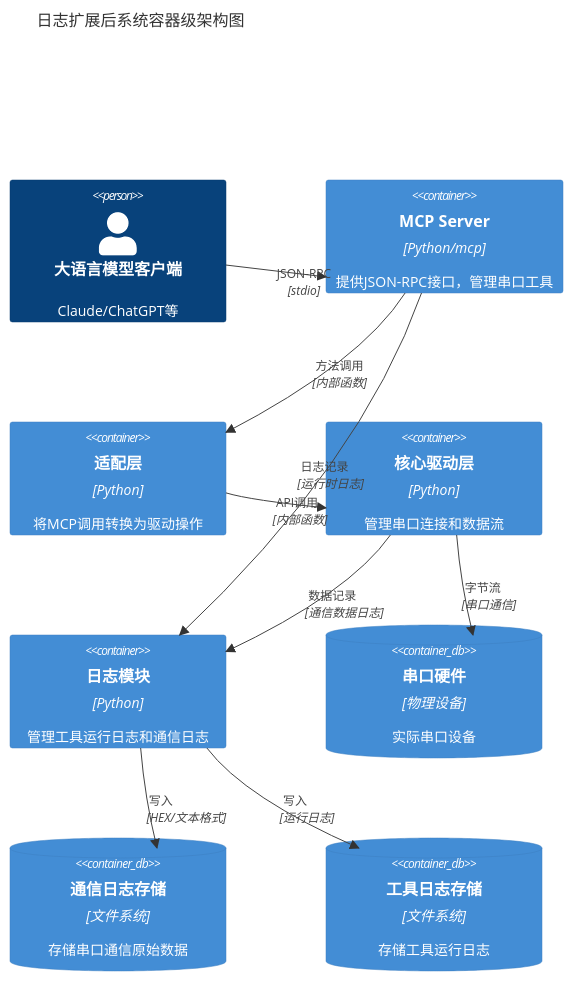
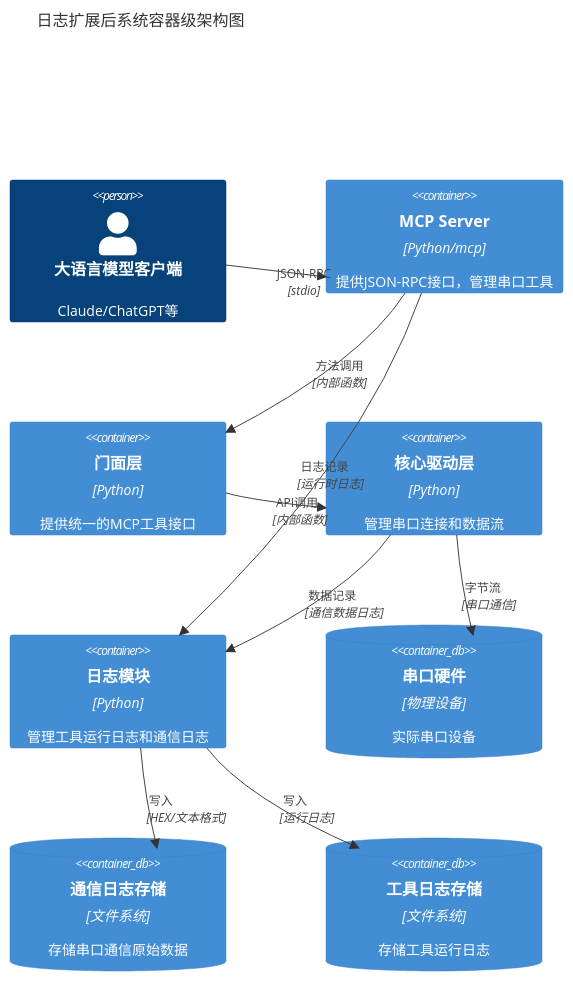
The first of 5 diagrams in doc/14-日志存储功能扩展实现细节文档.md (niusulong/serial2mcp1), drawn with Mermaid before and after one commit. The commit also changed other lines of this file and 14 other files, not shown here.

````diff
--- a/doc/14-日志存储功能扩展实现细节文档.md
+++ b/doc/14-日志存储功能扩展实现细节文档.md
@@ -15,24 +15,24 @@
 ```mermaid
 C4Context
     title 日志扩展后系统容器级架构图
 
     Person(llm_client, "大语言模型客户端", "Claude/ChatGPT等")
 
     Container(mcp_server, "MCP Server", "Python/mcp", "提供JSON-RPC接口，管理串口工具")
-    Container(adapter_layer, "适配层", "Python", "将MCP调用转换为驱动操作")
+    Container(facade_layer, "门面层", "Python", "提供统一的MCP工具接口")
     Container(core_driver, "核心驱动层", "Python", "管理串口连接和数据流")
     Container(log_module, "日志模块", "Python", "管理工具运行日志和通信日志")
 
     ContainerDb(serial_hardware, "串口硬件", "物理设备", "实际串口设备")
     ContainerDb(com_log_storage, "通信日志存储", "文件系统", "存储串口通信原始数据")
     ContainerDb(tool_log_storage, "工具日志存储", "文件系统", "存储工具运行日志")
 
     Rel(llm_client, mcp_server, "JSON-RPC", "stdio")
-    Rel(mcp_server, adapter_layer, "方法调用", "内部函数")
-    Rel(adapter_layer, core_driver, "API调用", "内部函数")
+    Rel(mcp_server, facade_layer, "方法调用", "内部函数")
+    Rel(facade_layer, core_driver, "API调用", "内部函数")
     Rel(mcp_server, log_module, "日志记录", "运行时日志")
     Rel(core_driver, log_module, "数据记录", "通信数据日志")
     Rel(log_module, com_log_storage, "写入", "HEX/文本格式")
     Rel(log_module, tool_log_storage, "写入", "运行日志")
     Rel(core_driver, serial_hardware, "字节流", "串口通信")
 ```
````
